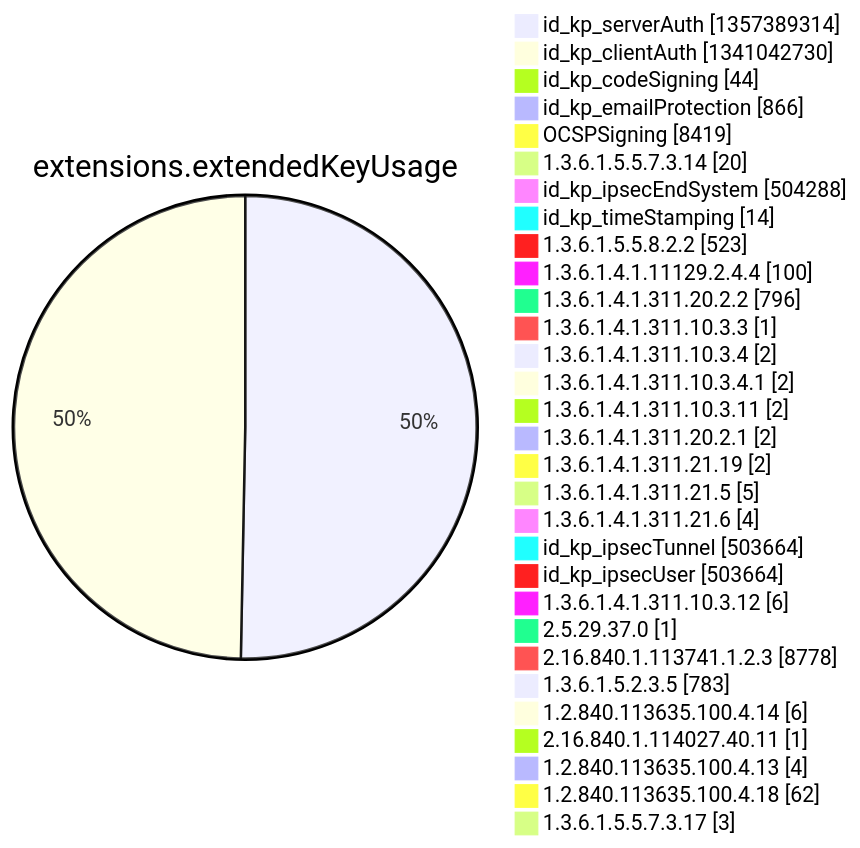
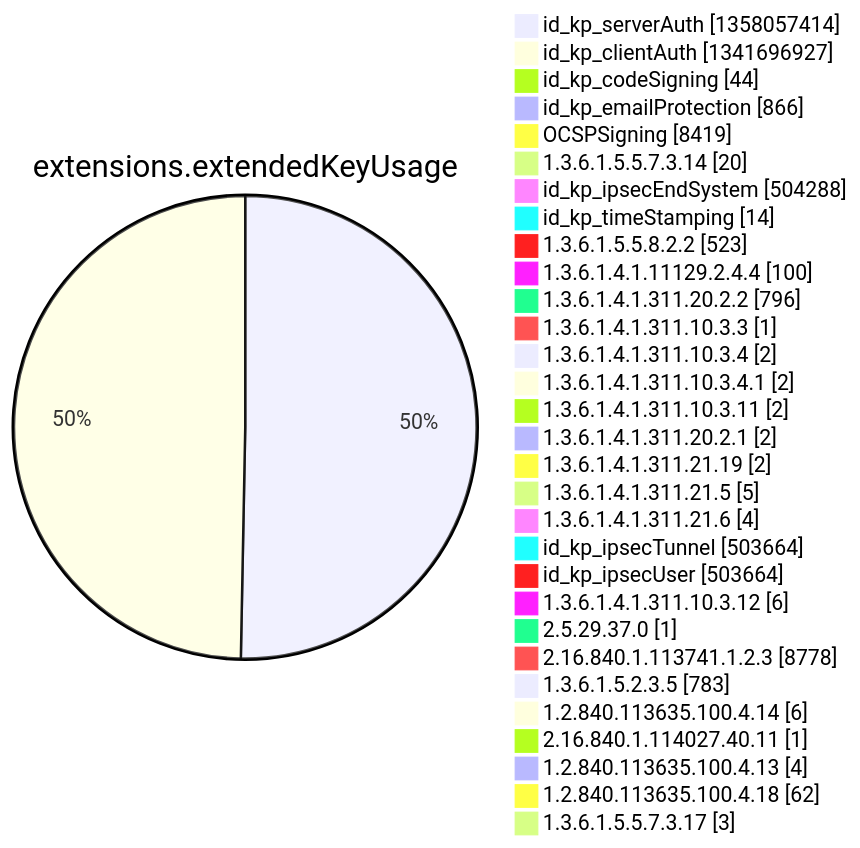
Diagram 12 of 15 in argon2022/README.md (christiankrug/ctmonitor_visualization), drawn with Mermaid before and after one commit. The commit also changed other lines of this file, not shown here.

````diff
--- a/argon2022/README.md
+++ b/argon2022/README.md
@@ -3553,34 +3553,34 @@
 ```mermaid
 pie showData
 title extensions.extendedKeyUsage
-"id_kp_serverAuth" :1357389314
-"id_kp_clientAuth" :1341042730
+"id_kp_serverAuth" :1358057414
+"id_kp_clientAuth" :1341696927
 "id_kp_codeSigning" :44
 "id_kp_emailProtection" :866
 "OCSPSigning" :8419
 "1.3.6.1.5.5.7.3.14" :20
 "id_kp_ipsecEndSystem" :504288
 "id_kp_timeStamping" :14
 "1.3.6.1.5.5.8.2.2" :523
 "1.3.6.1.4.1.11129.2.4.4" :100
 "1.3.6.1.4.1.311.20.2.2" :796
 "1.3.6.1.4.1.311.10.3.3" :1
 "1.3.6.1.4.1.311.10.3.4" :2
 "1.3.6.1.4.1.311.10.3.4.1" :2
 "1.3.6.1.4.1.311.10.3.11" :2
 "1.3.6.1.4.1.311.20.2.1" :2
 "1.3.6.1.4.1.311.21.19" :2
 "1.3.6.1.4.1.311.21.5" :5
 "1.3.6.1.4.1.311.21.6" :4
 "id_kp_ipsecTunnel" :503664
 "id_kp_ipsecUser" :503664
 "1.3.6.1.4.1.311.10.3.12" :6
 "2.5.29.37.0" :1
 "2.16.840.1.113741.1.2.3" :8778
 "1.3.6.1.5.2.3.5" :783
 "1.2.840.113635.100.4.14" :6
 "2.16.840.1.114027.40.11" :1
 "1.2.840.113635.100.4.13" :4
 "1.2.840.113635.100.4.18" :62
 "1.3.6.1.5.5.7.3.17" :3
 ```
````
